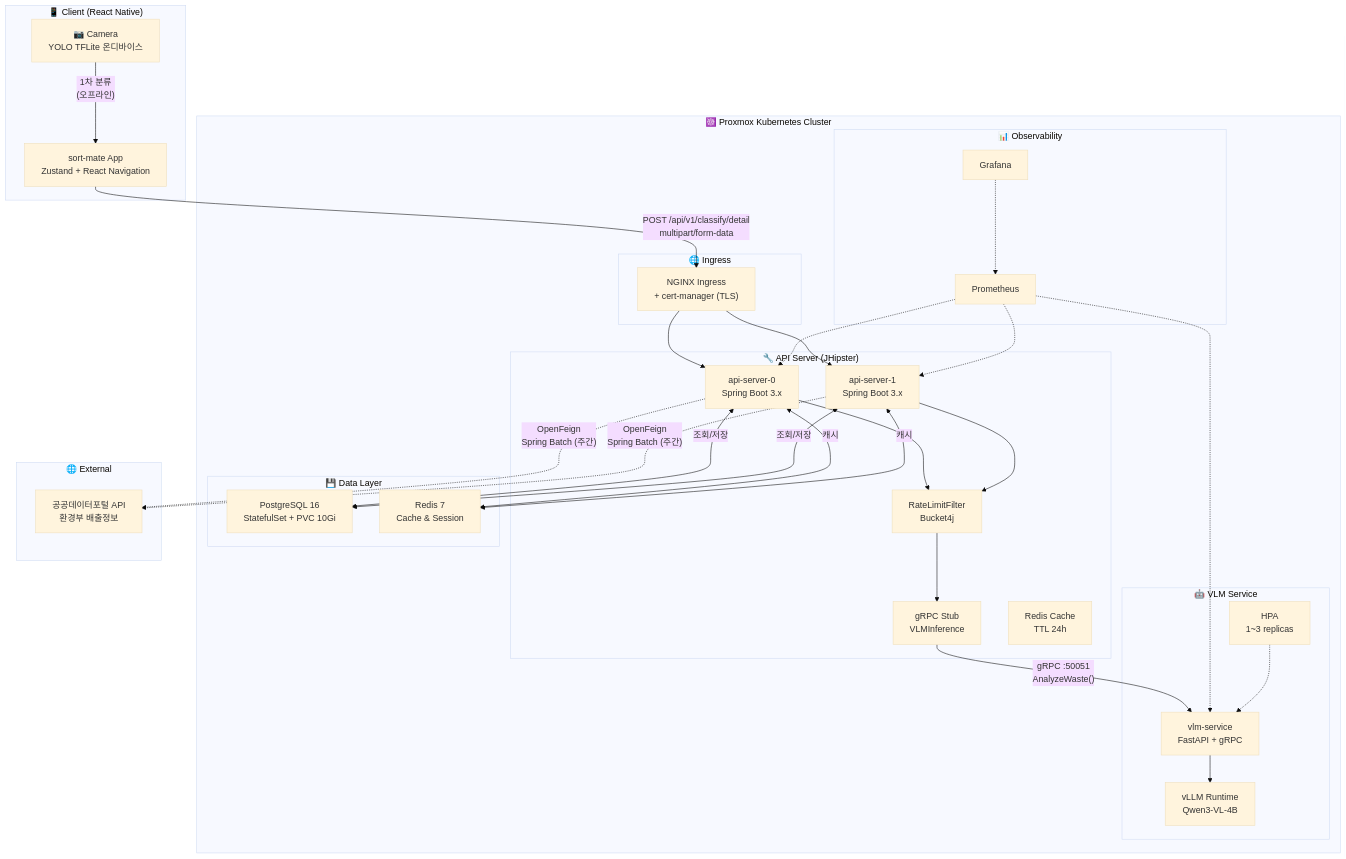
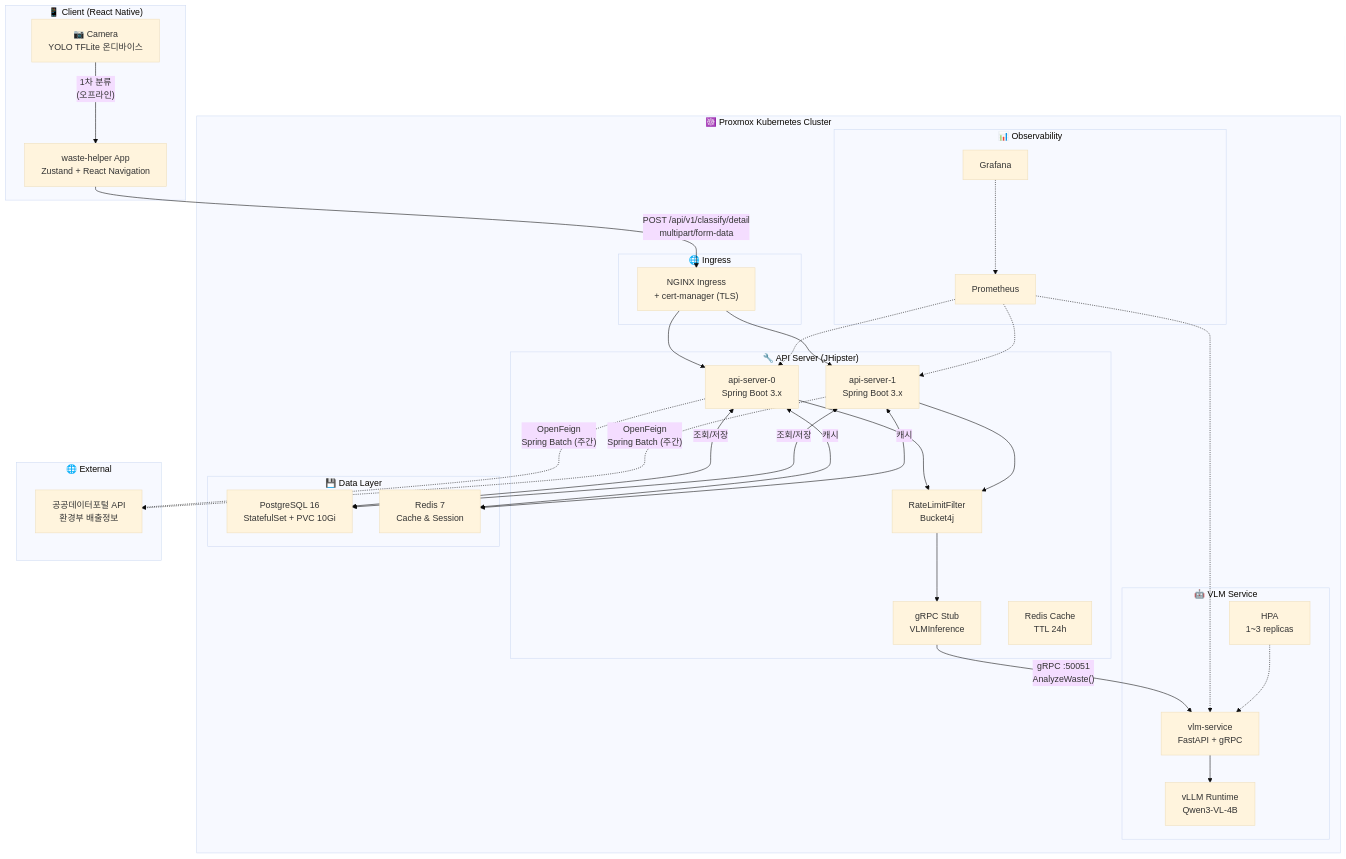
One commit to deuxksy/waste-helper changed the first of 7 diagrams in docs/architecture.md. Above: the diagram before and after it, drawn with Mermaid (base theme). The commit also changed other lines of this file and 1 other file, not shown here.

Commit message:
refactor: 프로젝트명 sort-mate → waste-helper 변경

````diff
--- a/docs/architecture.md
+++ b/docs/architecture.md
@@ -9,55 +9,55 @@
 ```mermaid
 graph TB
     subgraph Client["📱 Client (React Native)"]
         Camera["📷 Camera<br/>YOLO TFLite 온디바이스"]
-        App[" sort-mate App<br/>Zustand + React Navigation"]
+        App[" waste-helper App<br/>Zustand + React Navigation"]
     end
 
     subgraph K8s["☸️ Proxmox Kubernetes Cluster"]
         subgraph Ingress["🌐 Ingress"]
             Nginx["NGINX Ingress<br/>+ cert-manager (TLS)"]
         end
 
         subgraph API["🔧 API Server (JHipster)"]
             API1["api-server-0<br/>Spring Boot 3.x"]
             API2["api-server-1<br/>Spring Boot 3.x"]
             RateLimit["RateLimitFilter<br/>Bucket4j"]
             GrpcClient["gRPC Stub<br/>VLMInference"]
             Cache["Redis Cache<br/>TTL 24h"]
         end
 
         subgraph VLM["🤖 VLM Service"]
             VLM1["vlm-service<br/>FastAPI + gRPC"]
             vLLM["vLLM Runtime<br/>Qwen3-VL-4B"]
             HPA["HPA<br/>1~3 replicas"]
         end
 
         subgraph Data["💾 Data Layer"]
             PG["PostgreSQL 16<br/>StatefulSet + PVC 10Gi"]
             Redis["Redis 7<br/>Cache & Session"]
         end
 
         subgraph Monitor["📊 Observability"]
             Prom["Prometheus"]
             Grafana["Grafana"]
         end
     end
 
     subgraph External["🌐 External"]
         PublicAPI["공공데이터포털 API<br/>환경부 배출정보"]
     end
 
     Camera -->|"1차 분류<br/>(오프라인)"| App
     App -->|"POST /api/v1/classify/detail<br/>multipart/form-data"| Nginx
     Nginx --> API1 & API2
     API1 & API2 --> RateLimit
     RateLimit --> GrpcClient
     GrpcClient -->|"gRPC :50051<br/>AnalyzeWaste()"| VLM1
     VLM1 --> vLLM
     API1 & API2 <-->|"조회/저장"| PG
     API1 & API2 <-->|"캐시"| Redis
     API1 & API2 -.->|"OpenFeign<br/>Spring Batch (주간)"| PublicAPI
     Prom -.-> API1 & API2 & VLM1
     Grafana -.-> Prom
     HPA -.-> VLM1
 ```
````
